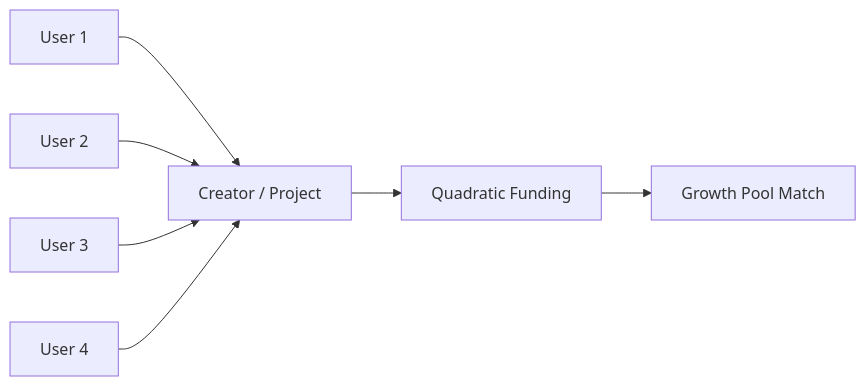
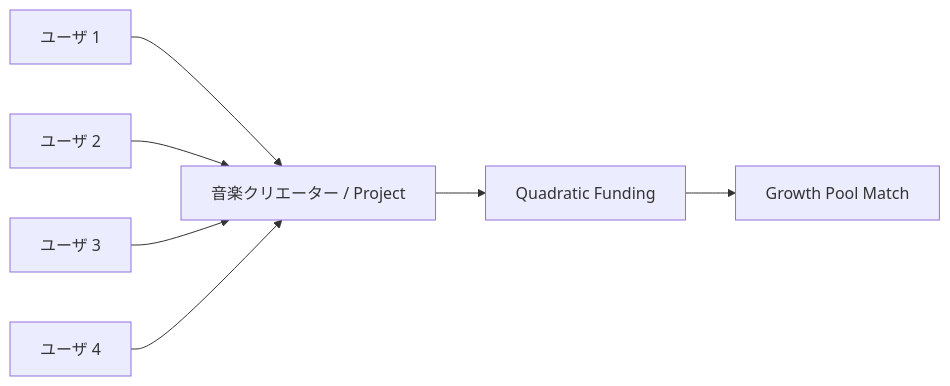
Before and after one commit to ShigeichiroYamasaki/creator-first-platform: the eighth of 27 diagrams in docs/whitepaper/06-economics-mathjax.md, drawn with Mermaid. The commit also changed other lines of this file and 67 other files, not shown here.

````diff
--- a/docs/whitepaper/06-economics-mathjax.md
+++ b/docs/whitepaper/06-economics-mathjax.md
@@ -480,10 +480,10 @@
 ```mermaid
 flowchart LR
-    U1[User 1] --> P[Creator / Project]
-    U2[User 2] --> P
-    U3[User 3] --> P
-    U4[User 4] --> P
+    U1[ユーザ 1] --> P[音楽クリエーター / Project]
+    U2[ユーザ 2] --> P
+    U3[ユーザ 3] --> P
+    U4[ユーザ 4] --> P
 
     P --> QF[Quadratic Funding]
     QF --> MATCH[Growth Pool Match]
 ```
````
